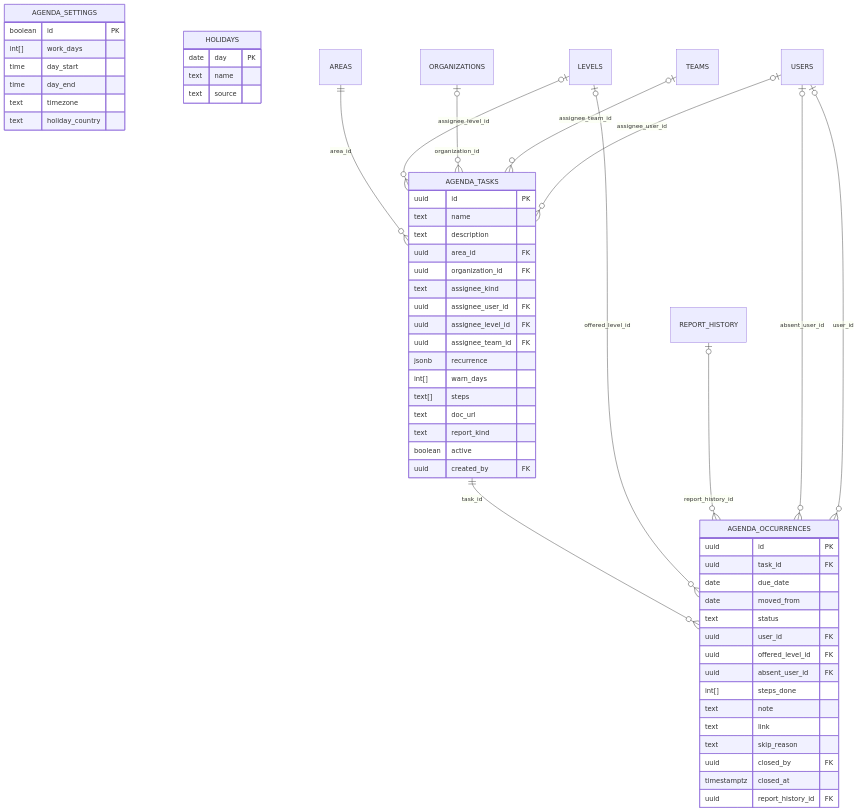
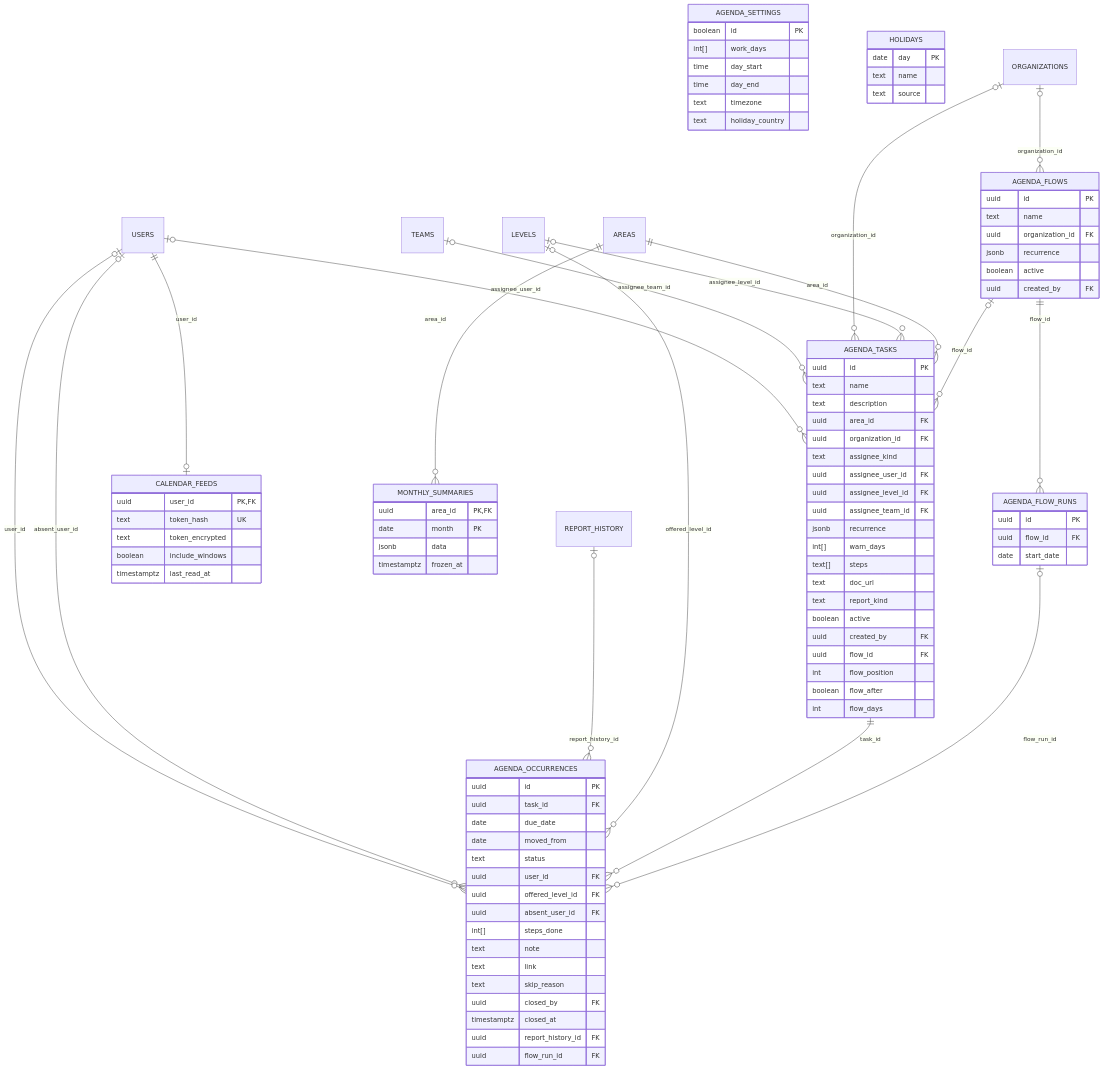
One commit to athomo001/BitacoraSOC changed the seventh of 15 diagrams in docs/modelo-de-datos.md. Above: the diagram before and after it, drawn with Mermaid. The commit also changed other lines of this file and 114 other files, not shown here.

First line of the commit message:
feat: add maintenance windows and team monthly summary components with tests

````diff
--- a/docs/modelo-de-datos.md
+++ b/docs/modelo-de-datos.md
@@ -883,6 +914,10 @@
         text report_kind
         boolean active
         uuid created_by FK
+        uuid flow_id FK
+        int flow_position
+        boolean flow_after
+        int flow_days
     }
     AGENDA_OCCURRENCES {
         uuid id PK
@@ -900,6 +935,7 @@
         uuid closed_by FK
         timestamptz closed_at
         uuid report_history_id FK
+        uuid flow_run_id FK
     }
     AGENDA_SETTINGS {
         boolean id PK
@@ -914,15 +950,47 @@
         text name
         text source
     }
+    AGENDA_FLOWS {
+        uuid id PK
+        text name
+        uuid organization_id FK
+        jsonb recurrence
+        boolean active
+        uuid created_by FK
+    }
+    AGENDA_FLOW_RUNS {
+        uuid id PK
+        uuid flow_id FK
+        date start_date
+    }
+    CALENDAR_FEEDS {
+        uuid user_id PK, FK
+        text token_hash UK
+        text token_encrypted
+        boolean include_windows
+        timestamptz last_read_at
+    }
+    MONTHLY_SUMMARIES {
+        uuid area_id PK, FK
+        date month PK
+        jsonb data
+        timestamptz frozen_at
+    }
 
+    AGENDA_FLOWS |o--o{ AGENDA_TASKS : "flow_id"
+    AGENDA_FLOWS ||--o{ AGENDA_FLOW_RUNS : "flow_id"
+    AGENDA_FLOW_RUNS |o--o{ AGENDA_OCCURRENCES : "flow_run_id"
     AGENDA_TASKS ||--o{ AGENDA_OCCURRENCES : "task_id"
     AREAS ||--o{ AGENDA_TASKS : "area_id"
+    AREAS ||--o{ MONTHLY_SUMMARIES : "area_id"
     LEVELS |o--o{ AGENDA_OCCURRENCES : "offered_level_id"
     LEVELS |o--o{ AGENDA_TASKS : "assignee_level_id"
+    ORGANIZATIONS |o--o{ AGENDA_FLOWS : "organization_id"
     ORGANIZATIONS |o--o{ AGENDA_TASKS : "organization_id"
     REPORT_HISTORY |o--o{ AGENDA_OCCURRENCES : "report_history_id"
     TEAMS |o--o{ AGENDA_TASKS : "assignee_team_id"
     USERS |o--o{ AGENDA_OCCURRENCES : "absent_user_id"
     USERS |o--o{ AGENDA_OCCURRENCES : "user_id"
     USERS |o--o{ AGENDA_TASKS : "assignee_user_id"
+    USERS ||--o| CALENDAR_FEEDS : "user_id"
 ```
````
